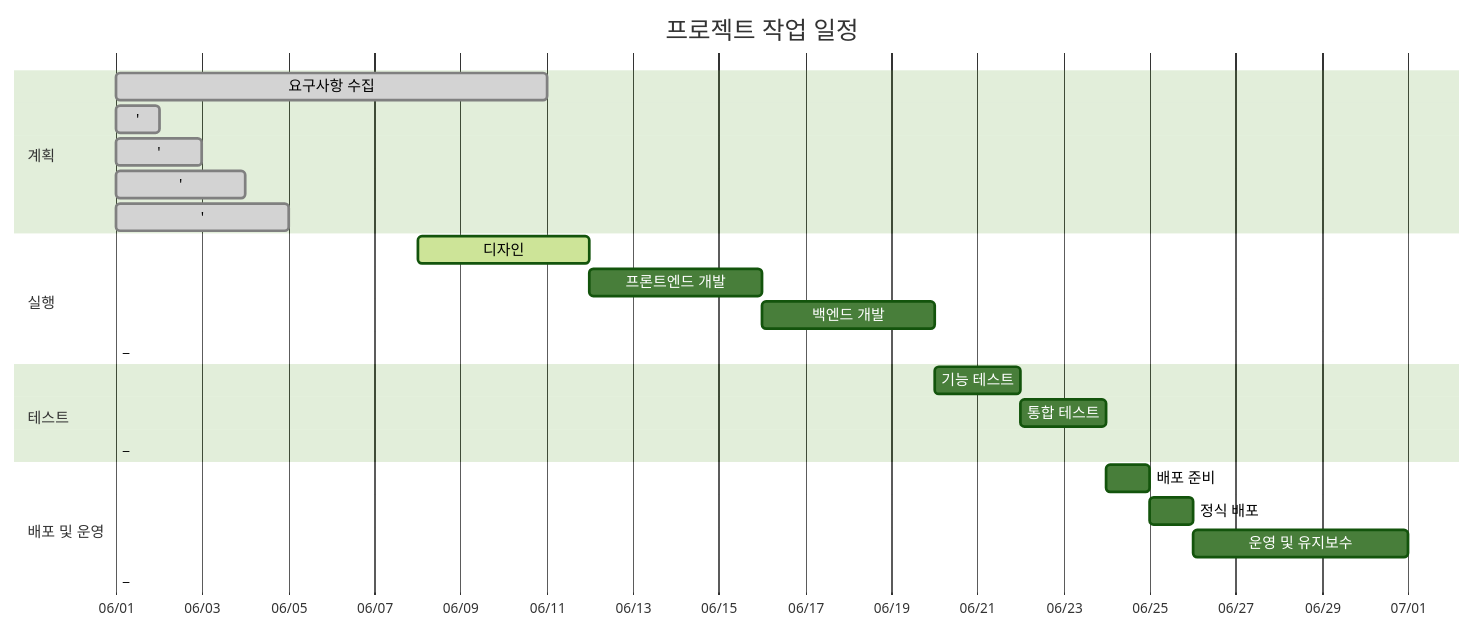
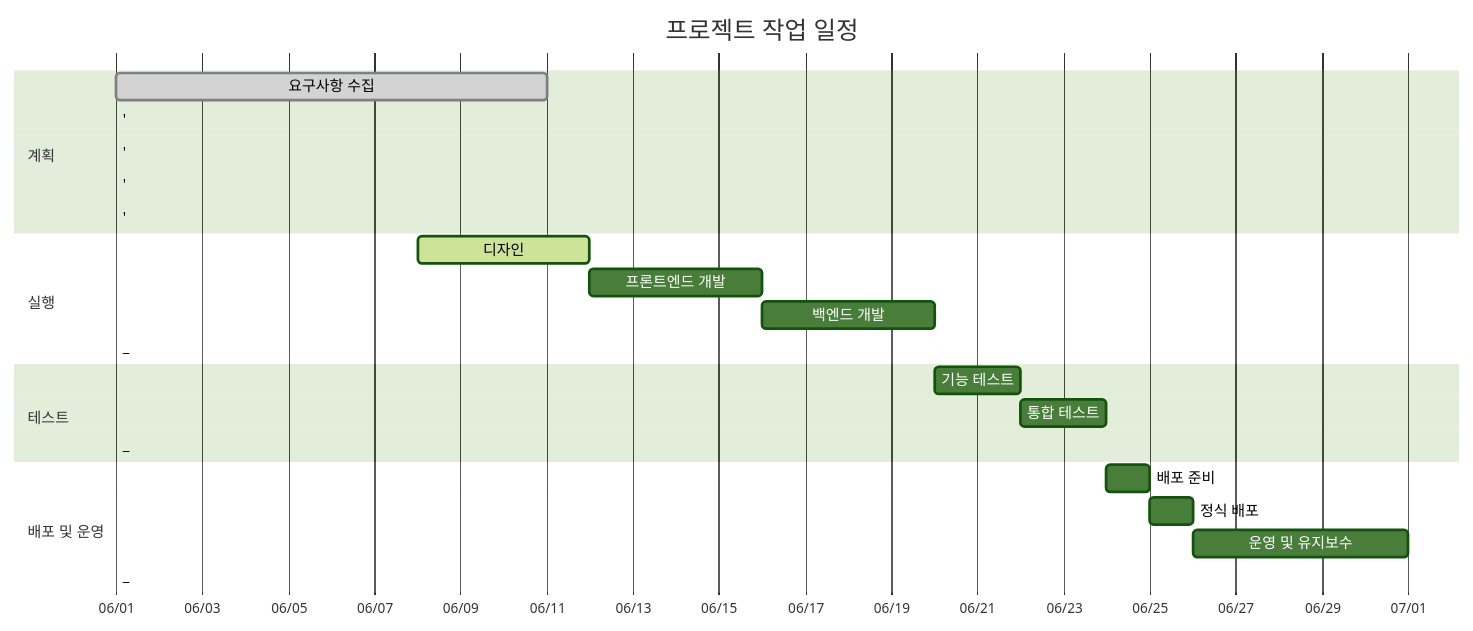
Before and after one commit to RAILWAY-2025/RAILWAY_FRONT: the diagram in README.md, drawn with Mermaid (forest theme).

````diff
--- a/README.md
+++ b/README.md
@@ -5,31 +5,31 @@
 ```mermaid
 gantt
 title 프로젝트 작업 일정
 dateFormat YYYY-MM-DD
 axisFormat %m/%d
 %% 화면에 꽉 차 보이도록 섹션을 충분히 배치
 
 section 계획
 요구사항 수집       :done,    a1, 2025-06-01, 10d
- '       :done,    a1, 2025-06-01, 1d
-'      :done,    a22, 2025-06-01, 2d
- '       :done,    a33, 2025-06-01, 3d
- '     :done,    a44, 2025-06-01, 4d
+ '       :done,    a1, 2025-06-01, 0d
+'      :done,    a22, 2025-06-01, 0d
+ '       :done,    a33, 2025-06-01, 0d
+ '     :done,    a44, 2025-06-01, 0d
 
 section 실행
 디자인              :active,  a3, 2025-06-08, 4d
 프론트엔드 개발       :         a4, 2025-06-12, 4d
 백엔드 개발          :         a5, 2025-06-16, 4d
  _           :done,    dummy2, 2025-06-01, 0d
 
 section 테스트
 기능 테스트          :         a6, 2025-06-20, 2d
 통합 테스트          :         a7, 2025-06-22, 2d
 _            :done,    dummy3, 2025-06-01, 0d
 
 section 배포 및 운영
 배포 준비            :         a8, 2025-06-24, 1d
 정식 배포            :         a9, 2025-06-25, 1d
 운영 및 유지보수     :         a10, 2025-06-26, 5d
  _          :done,    dummy4, 2025-06-01, 0d
 ```
````
